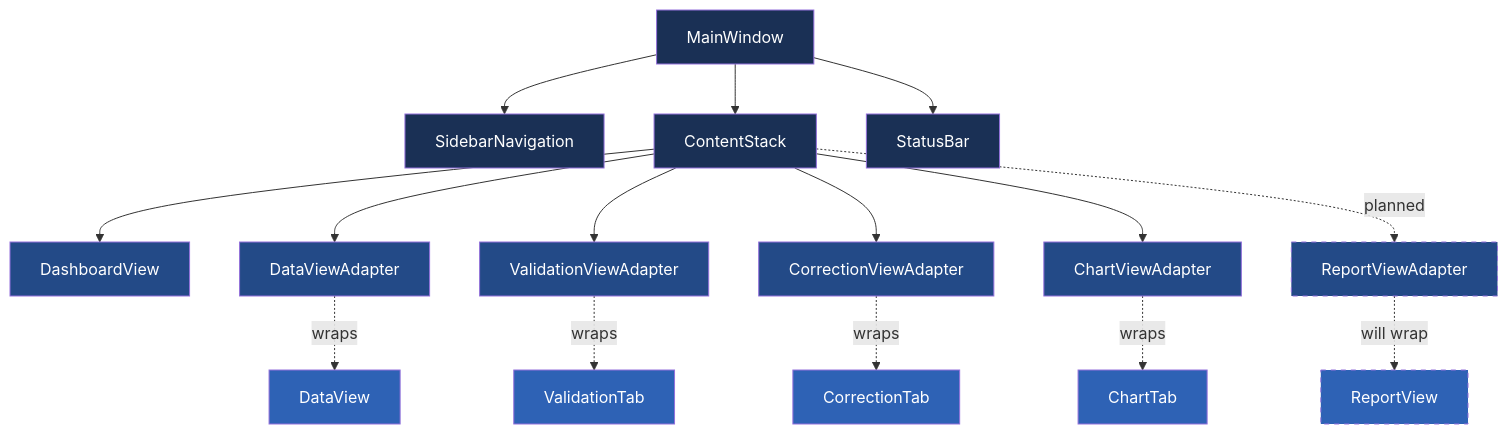
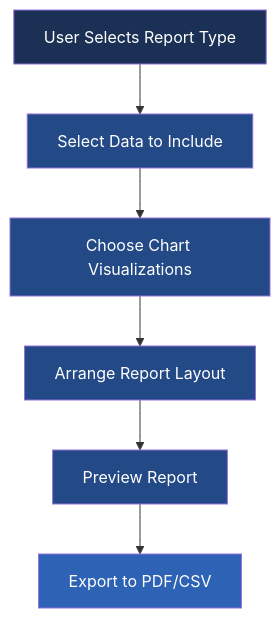
The first of 2 diagrams in memory-bank/activeContext.md (LinkesAuge/ChestBuddy), drawn with Mermaid before and after one commit. The commit also changed other lines of this file and 14 other files, not shown here.

````diff
--- a/memory-bank/activeContext.md
+++ b/memory-bank/activeContext.md
@@ -270,34 +290,15 @@
 ```mermaid
 graph TD
-    MW[MainWindow] --> SB[SidebarNavigation]
-    MW --> CS[ContentStack]
-    MW --> STB[StatusBar]
-    CS --> D[DashboardView]
-    CS --> DV[DataViewAdapter]
-    CS --> VV[ValidationViewAdapter]
-    CS --> CV[CorrectionViewAdapter]
-    CS --> CHV[ChartViewAdapter]
-    CS -.planned.-> RPV[ReportViewAdapter]
+    Start[User Selects Report Type] --> Data[Select Data to Include]
+    Data --> Charts[Choose Chart Visualizations]
+    Charts --> Layout[Arrange Report Layout]
+    Layout --> Preview[Preview Report]
+    Preview --> Export[Export to PDF/CSV]
     
-    DV -.wraps.-> DO[DataView]
-    VV -.wraps.-> VO[ValidationTab]
-    CV -.wraps.-> CO[CorrectionTab]
-    CHV -.wraps.-> CHO[ChartTab]
-    RPV -.will wrap.-> RPO[ReportView]
-    
-    style MW fill:#1a3055,color:#fff
-    style SB fill:#1a3055,color:#fff
-    style CS fill:#1a3055,color:#fff
-    style STB fill:#1a3055,color:#fff
-    style D fill:#234a87,color:#fff
-    style DV fill:#234a87,color:#fff
-    style VV fill:#234a87,color:#fff
-    style CV fill:#234a87,color:#fff
-    style CHV fill:#234a87,color:#fff
-    style RPV fill:#234a87,color:#fff,stroke-dasharray: 5 5
-    style DO fill:#2e62b5,color:#fff
-    style VO fill:#2e62b5,color:#fff
-    style CO fill:#2e62b5,color:#fff
-    style CHO fill:#2e62b5,color:#fff
-    style RPO fill:#2e62b5,color:#fff,stroke-dasharray: 5 5
+    style Start fill:#1a3055,color:#fff
+    style Data fill:#234a87,color:#fff
+    style Charts fill:#234a87,color:#fff
+    style Layout fill:#234a87,color:#fff
+    style Preview fill:#234a87,color:#fff
+    style Export fill:#2e62b5,color:#fff
 ```
````
